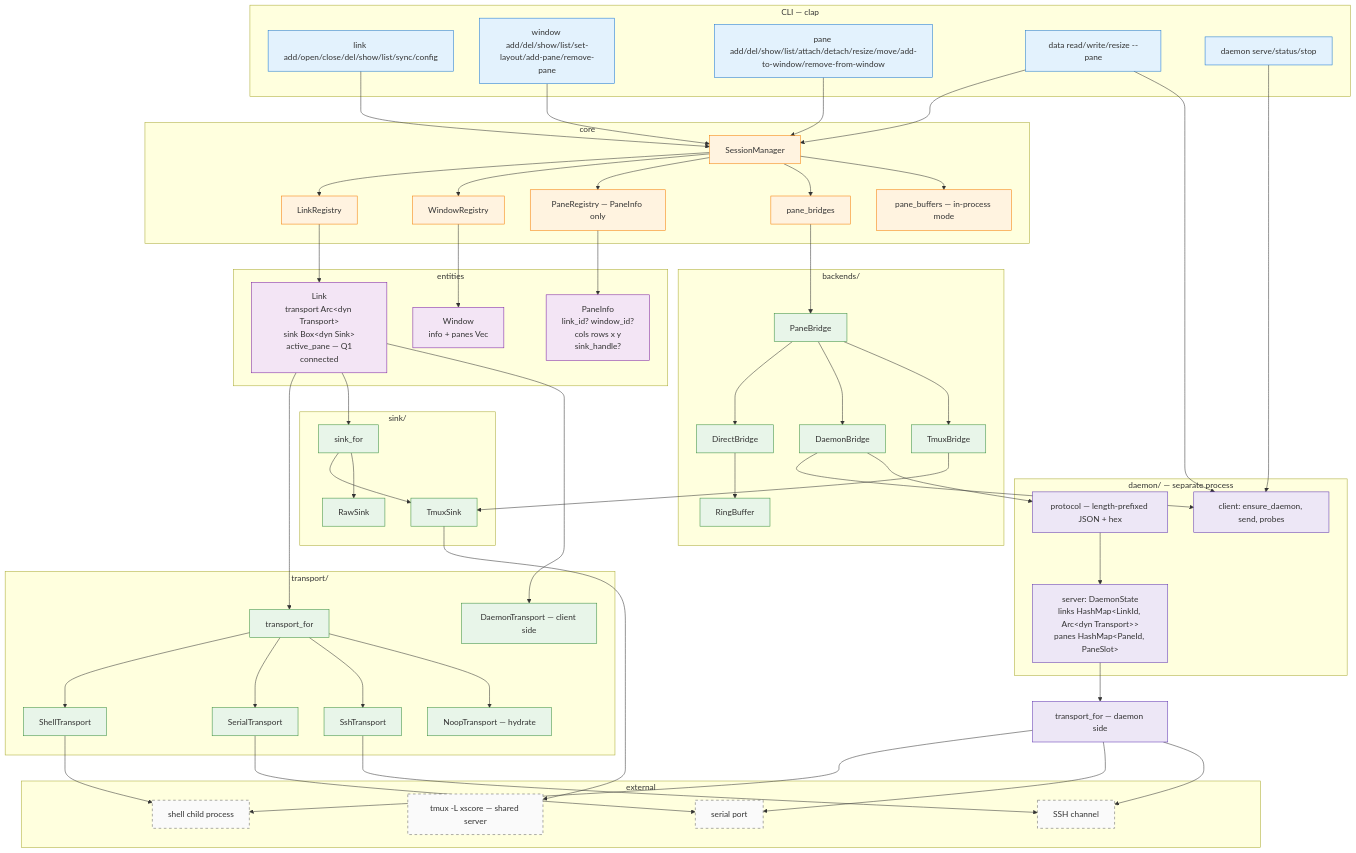
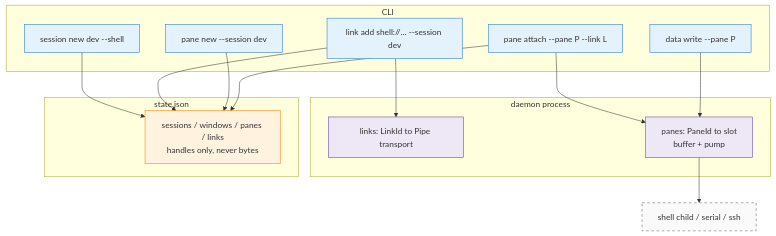
Before and after one commit to xiaoshan1234/xscore: the first of 4 diagrams in doc/dev/arch/arch.md, drawn with Mermaid. The commit also changed other lines of this file, not shown here.

````diff
--- a/doc/dev/arch/arch.md
+++ b/doc/dev/arch/arch.md
@@ -123,120 +200,37 @@
 ```mermaid
 graph TB
-    subgraph CLIP["CLI — clap"]
-        LK["link add/open/close/del/show/list/sync/config"]
-        WN["window add/del/show/list/set-layout/add-pane/remove-pane"]
-        PN["pane add/del/show/list/attach/detach/resize/move/add-to-window/remove-from-window"]
-        DT["data read/write/resize --pane"]
-        DM["daemon serve/status/stop"]
+    subgraph CLI["CLI"]
+        S1["session new dev --shell"]
+        S2["link add shell://... --session dev"]
+        S3["pane new --session dev"]
+        S4["pane attach --pane P --link L"]
+        S5["data write --pane P"]
     end
 
-    subgraph CORE["core"]
-        SM["SessionManager"]
-        LR["LinkRegistry"]
-        WR["WindowRegistry"]
-        PR["PaneRegistry — PaneInfo only"]
-        BR["pane_bridges"]
-        BU["pane_buffers — in-process mode"]
+    subgraph D["daemon process"]
+        DL["links: LinkId to Pipe transport"]
+        DP["panes: PaneId to slot<br/>buffer + pump"]
     end
 
-    subgraph ENT["entities"]
-        L["Link<br/>transport Arc&lt;dyn Transport&gt;<br/>sink Box&lt;dyn Sink&gt;<br/>active_pane — Q1<br/>connected"]
-        W["Window<br/>info + panes Vec"]
-        P["PaneInfo<br/>link_id? window_id?<br/>cols rows x y<br/>sink_handle?"]
+    subgraph ST["state.json"]
+        SS["sessions / windows / panes / links<br/>handles only, never bytes"]
     end
 
-    subgraph BRIDGES["backends/"]
-        PB["PaneBridge"]
-        DB["DirectBridge"]
-        DAB["DaemonBridge"]
-        TB["TmuxBridge"]
-        RB["RingBuffer"]
-    end
-
-    subgraph TR["transport/"]
-        TF["transport_for"]
-        SH["ShellTransport"]
-        SE["SerialTransport"]
-        SS["SshTransport"]
-        ND["NoopTransport — hydrate"]
-        DTR["DaemonTransport — client side"]
-    end
-
-    subgraph SN["sink/"]
-        SF["sink_for"]
-        TS["TmuxSink"]
-        RS["RawSink"]
-    end
-
-    subgraph DAEMON["daemon/ — separate process"]
-        DPROTO["protocol — length-prefixed JSON + hex"]
-        DSRV["server: DaemonState<br/>links HashMap&lt;LinkId, Arc&lt;dyn Transport&gt;&gt;<br/>panes HashMap&lt;PaneId, PaneSlot&gt;"]
-        DCLI["client: ensure_daemon, send, probes"]
-    end
-
-    subgraph EXT["external"]
-        TM["tmux -L xscore — shared server"]
-        CH["shell child process"]
-        SP["serial port"]
-        SSH["SSH channel"]
-    end
-
-    LK --> SM
-    WN --> SM
-    PN --> SM
-    DT --> SM
-    DM --> DCLI
-    DT --> DCLI
-
-    SM --> LR
-    SM --> WR
-    SM --> PR
-    SM --> BR
-    SM --> BU
-    LR --> L
-    WR --> W
-    PR --> P
-
-    BR --> PB
-    PB --> DB
-    PB --> DAB
-    PB --> TB
-    DB --> RB
-    DAB --> DCLI
-    TB --> TS
-
-    L --> TF
-    L --> SF
-    L --> DTR
-    TF --> SH
-    TF --> SE
-    TF --> SS
-    TF --> ND
-    SF --> TS
-    SF --> RS
-    TS --> TM
-    SH --> CH
-    SE --> SP
-    SS --> SSH
-
-    DAB --> DPROTO
-    DPROTO --> DSRV
-    DSRV --> TF2["transport_for — daemon side"]
-    TF2 --> CH
-    TF2 --> SP
-    TF2 --> SSH
+    S1 --> SS
+    S2 --> SS
+    S2 --> DL
+    S3 --> SS
+    S4 --> SS
+    S4 --> DP
+    S5 --> DP
+    DP --> CH["shell child / serial / ssh"]
 
     classDef cli fill:#e3f2fd,stroke:#1976d2
-    classDef core fill:#fff3e0,stroke:#f57c00
-    classDef model fill:#f3e5f5,stroke:#7b1fa2
-    classDef layer fill:#e8f5e9,stroke:#388e3c
-    classDef daemon fill:#ede7f6,stroke:#5e35b1
-    classDef external fill:#fafafa,stroke:#616161,stroke-dasharray: 5 5
-
-    class LK,WN,PN,DT,DM cli
-    class SM,LR,WR,PR,BR,BU core
-    class L,P,W model
-    class PB,DB,DAB,TB,RB,TF,SH,SE,SS,ND,DTR,SF,TS,RS layer
-    class DPROTO,DSRV,DCLI,TF2 daemon
-    class TM,CH,SP,SSH external
+    classDef dd fill:#ede7f6,stroke:#5e35b1
+    classDef st fill:#fff3e0,stroke:#f57c00
+    classDef ext fill:#fafafa,stroke:#616161,stroke-dasharray: 5 5
+    class S1,S2,S3,S4,S5 cli
+    class DL,DP dd
+    class SS st
+    class CH ext
 ```
````
